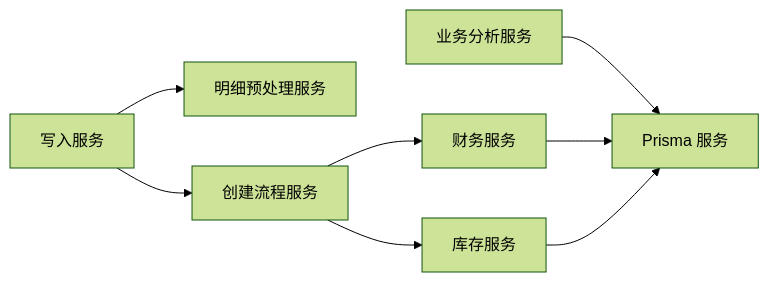
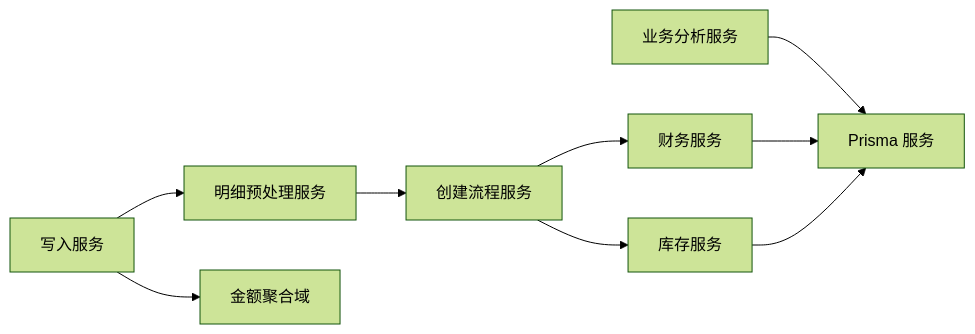
The sixth of 6 diagrams in .qoder/repowiki/zh/content/业务模块/运营管理模块/销售管理.md (rc558620/purelyprofit-server), drawn with Mermaid (forest theme) before and after one commit. The commit also changed other lines of this file and 12 other files, not shown here.

````diff
--- a/.qoder/repowiki/zh/content/业务模块/运营管理模块/销售管理.md
+++ b/.qoder/repowiki/zh/content/业务模块/运营管理模块/销售管理.md
@@ -304,10 +390,11 @@
 ```mermaid
 graph LR
 WRITESVC["写入服务"] --> PREP["明细预处理服务"]
-WRITESVC --> CREATEFLOW["创建流程服务"]
+WRITESVC --> AMOUNTS["金额聚合域"]
+PREP --> CREATEFLOW["创建流程服务"]
 CREATEFLOW --> INV["库存服务"]
 CREATEFLOW --> FIN["财务服务"]
 BASVC["业务分析服务"] --> PRISMA["Prisma 服务"]
 FIN --> PRISMA
 INV --> PRISMA
 ```
````
